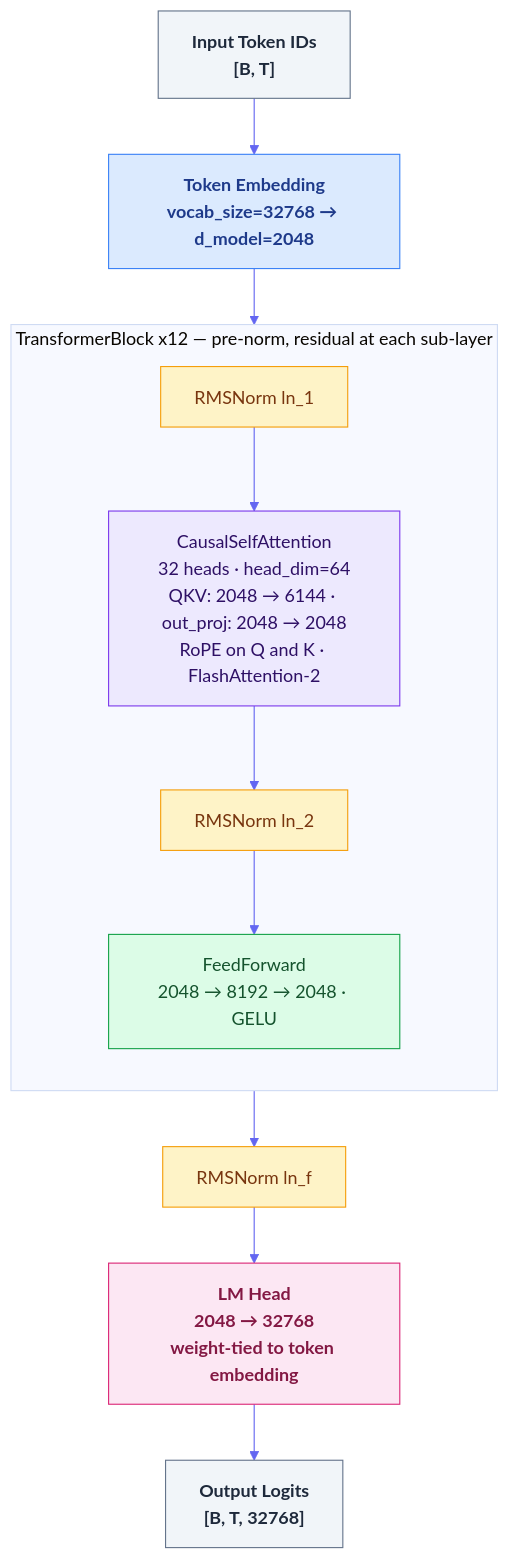
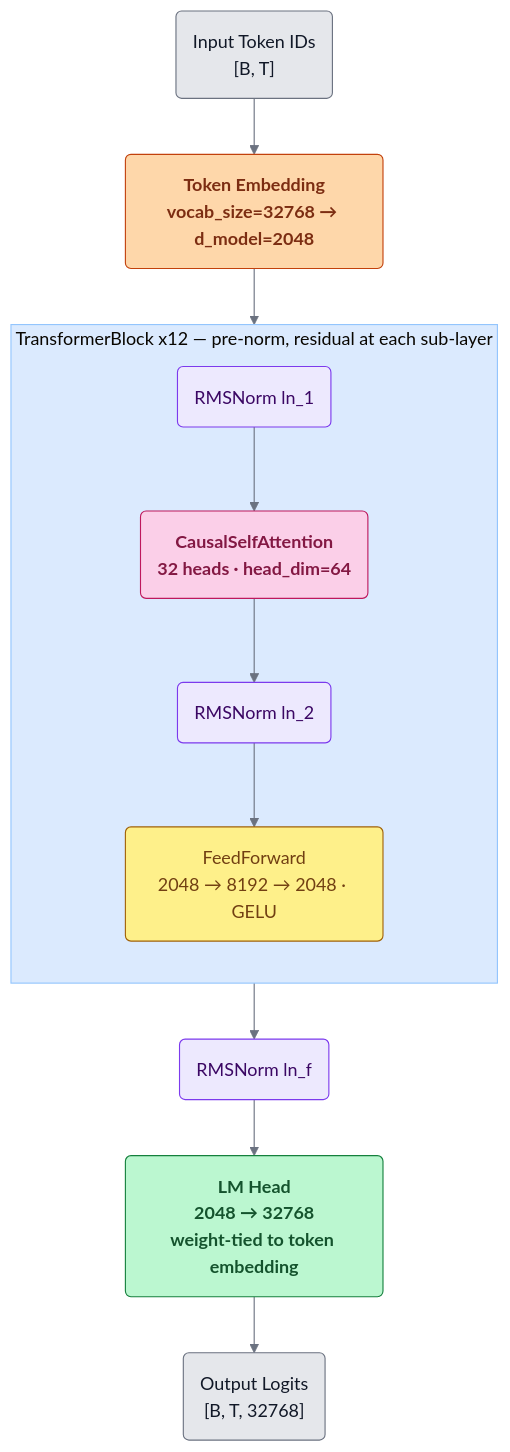
One commit to objones25/llm-training changed the first of 2 diagrams in README.md. Above: the diagram before and after it, drawn with Mermaid. The commit also changed other lines of this file, not shown here.

First line of the commit message:
docs: add side-by-side attention detail diagram in README

````diff
--- a/README.md
+++ b/README.md
@@ -13,29 +17,29 @@
 ```mermaid
-%%{init: {'theme': 'base', 'themeVariables': {'lineColor': '#6366f1', 'edgeLabelBackground': '#ffffff'}}}%%
+%%{init: {'theme': 'base', 'themeVariables': {'clusterBkg': '#dbeafe', 'clusterBorder': '#93c5fd', 'lineColor': '#6b7280'}}}%%
 flowchart TB
-    classDef io    fill:#f1f5f9,stroke:#64748b,color:#1e293b,font-weight:bold
-    classDef embed fill:#dbeafe,stroke:#3b82f6,color:#1e3a8a,font-weight:bold
-    classDef norm  fill:#fef3c7,stroke:#f59e0b,color:#78350f
-    classDef attn  fill:#ede9fe,stroke:#7c3aed,color:#2e1065
-    classDef ff    fill:#dcfce7,stroke:#16a34a,color:#14532d
-    classDef head  fill:#fce7f3,stroke:#db2777,color:#831843,font-weight:bold
+    classDef io    fill:#e5e7eb,stroke:#6b7280,color:#111827
+    classDef embed fill:#fed7aa,stroke:#c2410c,color:#7c2d12,font-weight:bold
+    classDef norm  fill:#ede9fe,stroke:#7c3aed,color:#3b0764
+    classDef attn  fill:#fbcfe8,stroke:#be185d,color:#831843,font-weight:bold
+    classDef ff    fill:#fef08a,stroke:#a16207,color:#713f12
+    classDef head  fill:#bbf7d0,stroke:#15803d,color:#14532d,font-weight:bold
 
-    IN["Input Token IDs<br/>[B, T]"]:::io
-    EMBED["Token Embedding<br/>vocab_size=32768 → d_model=2048"]:::embed
+    IN("Input Token IDs<br/>[B, T]"):::io
+    EMBED("Token Embedding<br/>vocab_size=32768 → d_model=2048"):::embed
 
     IN --> EMBED
 
     subgraph BLOCK["TransformerBlock x12 — pre-norm, residual at each sub-layer"]
         direction TB
-        LN1["RMSNorm  ln_1"]:::norm
-        ATTN["CausalSelfAttention<br/>32 heads · head_dim=64<br/>QKV: 2048 → 6144 · out_proj: 2048 → 2048<br/>RoPE on Q and K · FlashAttention-2"]:::attn
-        LN2["RMSNorm  ln_2"]:::norm
-        FF["FeedForward<br/>2048 → 8192 → 2048 · GELU"]:::ff
+        LN1("RMSNorm  ln_1"):::norm
+        ATTN("CausalSelfAttention<br/>32 heads · head_dim=64"):::attn
+        LN2("RMSNorm  ln_2"):::norm
+        FF("FeedForward<br/>2048 → 8192 → 2048 · GELU"):::ff
         LN1 --> ATTN --> LN2 --> FF
     end
 
     EMBED --> BLOCK
-    BLOCK --> LNF["RMSNorm  ln_f"]:::norm
-    LNF --> LMH["LM Head<br/>2048 → 32768<br/>weight-tied to token embedding"]:::head
-    LMH --> OUT["Output Logits<br/>[B, T, 32768]"]:::io
+    BLOCK --> LNF("RMSNorm  ln_f"):::norm
+    LNF --> LMH("LM Head<br/>2048 → 32768<br/>weight-tied to token embedding"):::head
+    LMH --> OUT("Output Logits<br/>[B, T, 32768]"):::io
 ```
````
